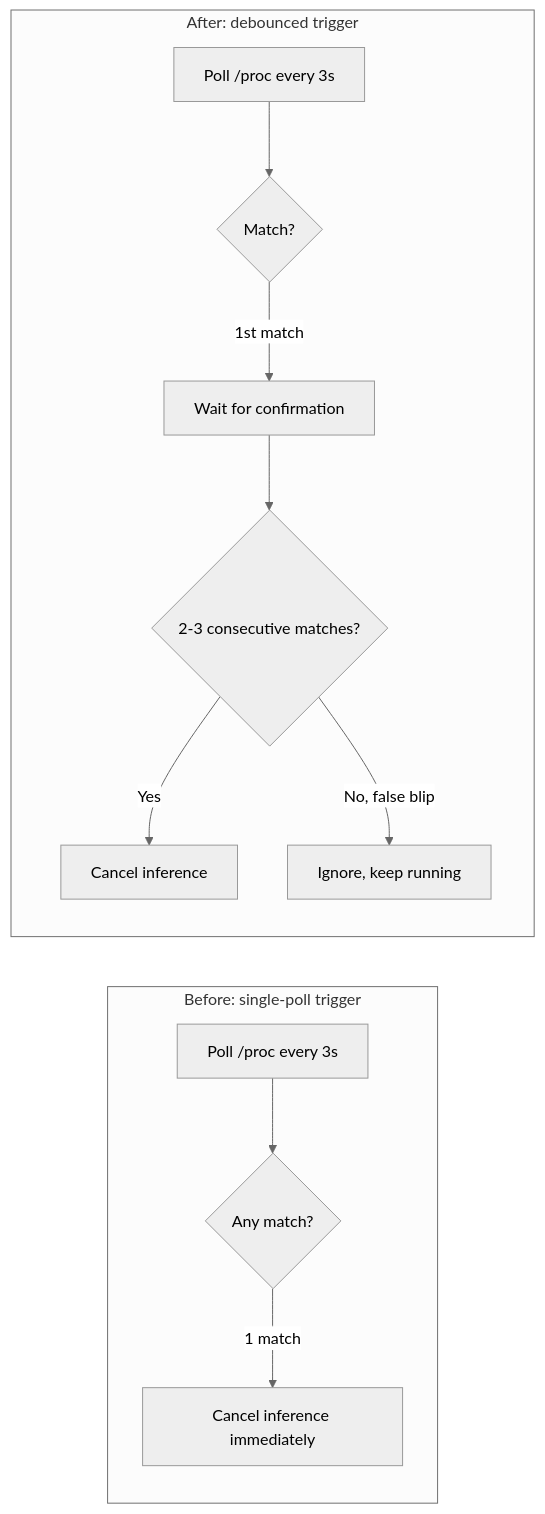
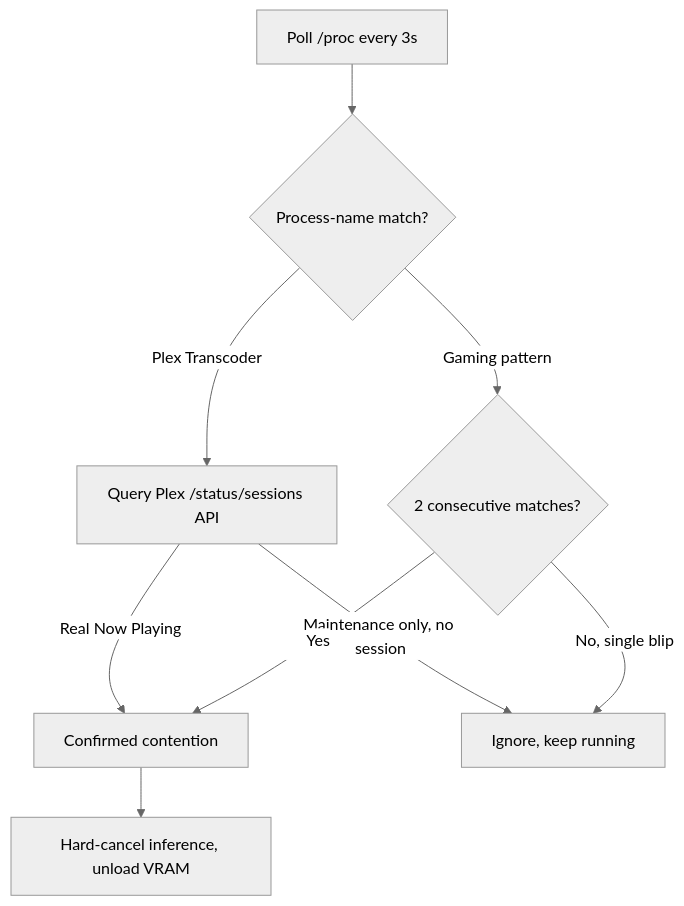
Before and after one commit to preston-bernstein/pres-ber-blog: the diagram in content/english/blog/debugging-false-positive-gpu-contention-detection.md, drawn with Mermaid (neutral theme). The commit also changed other lines of this file and 2 other files, not shown here.

First line of the commit message:
Rewrite GPU-contention-detection post through the intake pipeline

````diff
--- a/content/english/blog/debugging-false-positive-gpu-contention-detection.md
+++ b/content/english/blog/debugging-false-positive-gpu-contention-detection.md
@@ -68,14 +41,11 @@
 ```mermaid
-flowchart LR
-    subgraph Before["Before: single-poll trigger"]
-        A1[Poll /proc every 3s] --> A2{Any match?}
-        A2 -->|1 match| A3[Cancel inference immediately]
-    end
-    subgraph After["After: debounced trigger"]
-        B1[Poll /proc every 3s] --> B2{Match?}
-        B2 -->|1st match| B3[Wait for confirmation]
-        B3 --> B4{2-3 consecutive matches?}
-        B4 -->|Yes| B5[Cancel inference]
-        B4 -->|No, false blip| B6[Ignore, keep running]
-    end
+flowchart TD
+    A[Poll /proc every 3s] --> B{Process-name match?}
+    B -->|Plex Transcoder| C[Query Plex /status/sessions API]
+    C -->|Real Now Playing| E[Confirmed contention]
+    C -->|Maintenance only, no session| F[Ignore, keep running]
+    B -->|Gaming pattern| D{2 consecutive matches?}
+    D -->|Yes| E
+    D -->|No, single blip| F
+    E --> G[Hard-cancel inference, unload VRAM]
 ```
````
